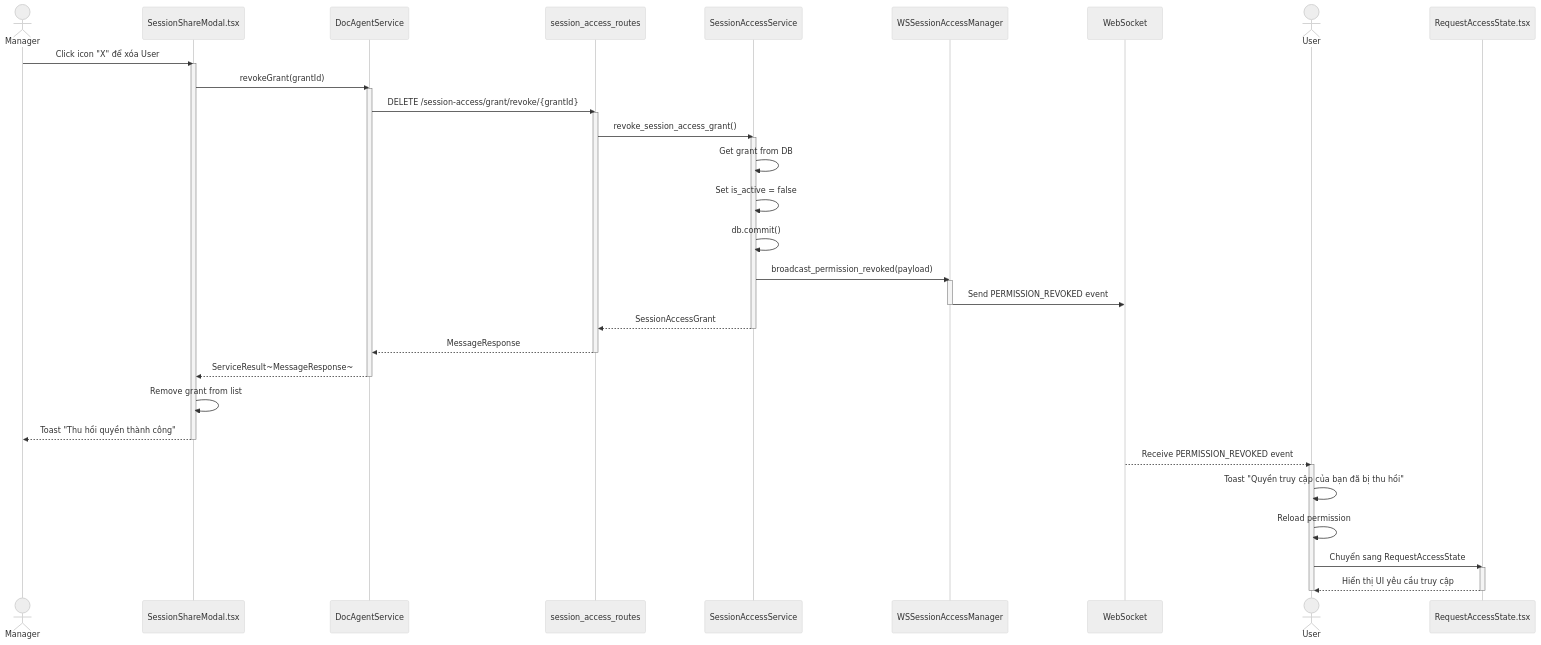
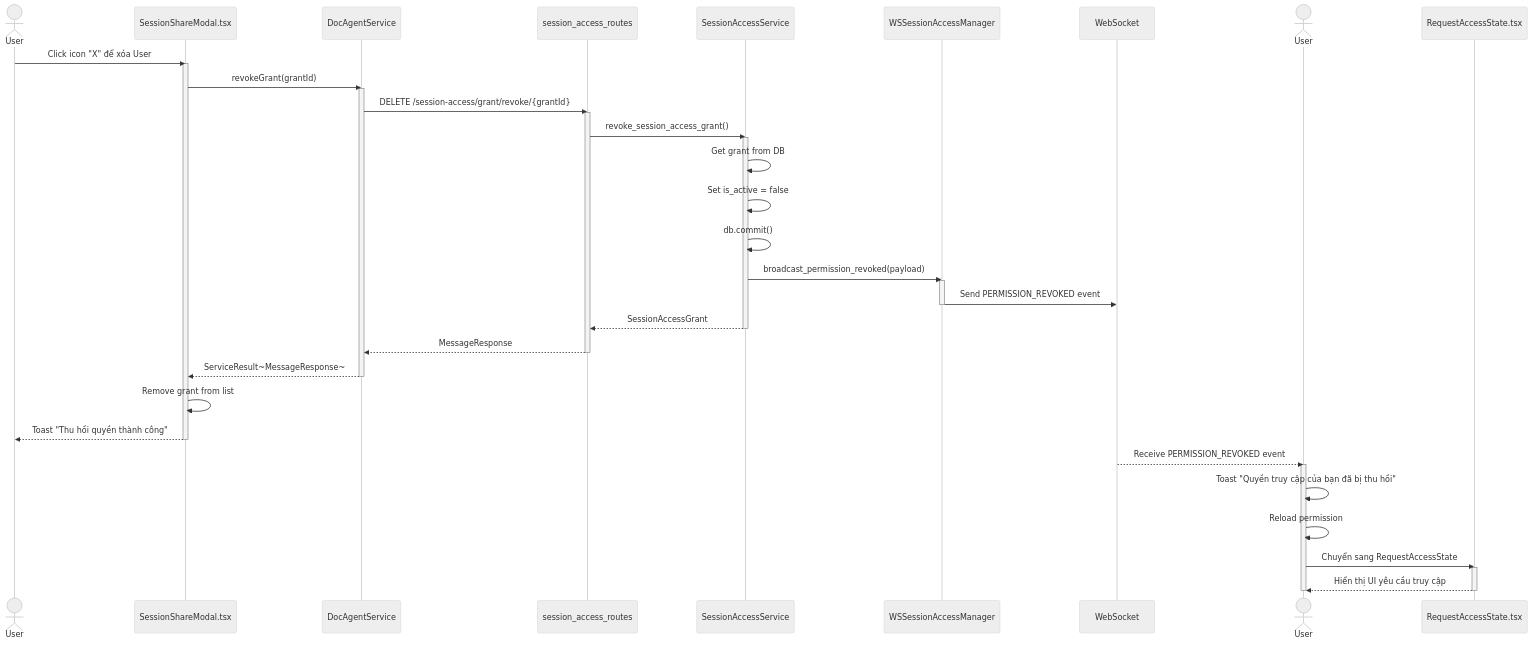
The third of 9 diagrams in session_access/4_session_access_seq.md (mduc-2610/gp_doc), drawn with Mermaid (neutral theme) before and after one commit. The commit also changed other lines of this file and 10 other files, not shown here.

````diff
--- a/session_access/4_session_access_seq.md
+++ b/session_access/4_session_access_seq.md
@@ -137,52 +157,52 @@
 ```mermaid
 sequenceDiagram
-    actor Manager
+    actor User1 as User
     participant ShareModal as SessionShareModal.tsx
     participant DocAgentService as DocAgentService
     participant SessionAccessRoutes as session_access_routes
     participant SessionAccessService as SessionAccessService
     participant WSManager as WSSessionAccessManager
     participant WebSocket as WebSocket
-    actor User
+    actor User2 as User
     participant RequestAccessState as RequestAccessState.tsx
 
-    Manager->>ShareModal: Click icon "X" để xóa User
+    User1->>ShareModal: Click icon "X" để xóa User
     activate ShareModal
     
     ShareModal->>DocAgentService: revokeGrant(grantId)
     activate DocAgentService
     DocAgentService->>SessionAccessRoutes: DELETE /session-access/grant/revoke/{grantId}
     activate SessionAccessRoutes
     SessionAccessRoutes->>SessionAccessService: revoke_session_access_grant()
     activate SessionAccessService
     
     SessionAccessService->>SessionAccessService: Get grant from DB
     SessionAccessService->>SessionAccessService: Set is_active = false
     SessionAccessService->>SessionAccessService: db.commit()
     
     SessionAccessService->>WSManager: broadcast_permission_revoked(payload)
     activate WSManager
     WSManager->>WebSocket: Send PERMISSION_REVOKED event
     deactivate WSManager
     
     SessionAccessService-->>SessionAccessRoutes: SessionAccessGrant
     deactivate SessionAccessService
     SessionAccessRoutes-->>DocAgentService: MessageResponse
     deactivate SessionAccessRoutes
     DocAgentService-->>ShareModal: ServiceResult~MessageResponse~
     deactivate DocAgentService
     
     ShareModal->>ShareModal: Remove grant from list
-    ShareModal-->>Manager: Toast "Thu hồi quyền thành công"
+    ShareModal-->>User1: Toast "Thu hồi quyền thành công"
     deactivate ShareModal
     
-    WebSocket-->>User: Receive PERMISSION_REVOKED event
-    activate User
-    User->>User: Toast "Quyền truy cập của bạn đã bị thu hồi"
-    User->>User: Reload permission
-    User->>RequestAccessState: Chuyển sang RequestAccessState
+    WebSocket-->>User2: Receive PERMISSION_REVOKED event
+    activate User2
+    User2->>User2: Toast "Quyền truy cập của bạn đã bị thu hồi"
+    User2->>User2: Reload permission
+    User2->>RequestAccessState: Chuyển sang RequestAccessState
     activate RequestAccessState
-    RequestAccessState-->>User: Hiển thị UI yêu cầu truy cập
+    RequestAccessState-->>User2: Hiển thị UI yêu cầu truy cập
     deactivate RequestAccessState
-    deactivate User
+    deactivate User2
 ```
````
